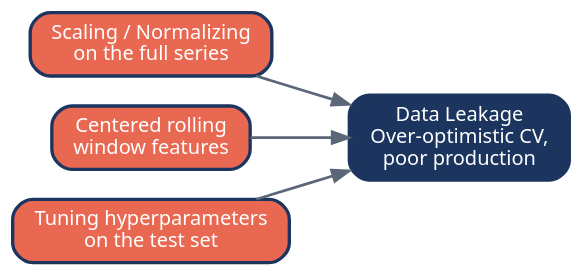
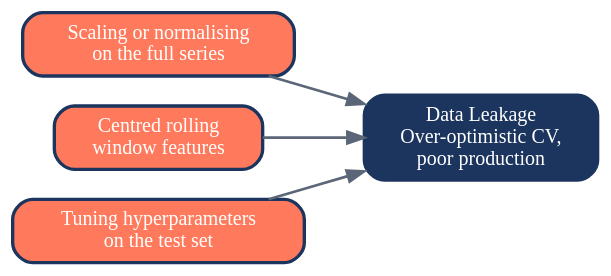
Before and after one commit to NaifMersal/time-series-analysis-and-forecasting: the diagram in slides/04_forecast_evaluation_and_cv.qmd, drawn with Graphviz. The commit also changed other lines of this file and 16 other files, not shown here.

````diff
--- a/slides/04_forecast_evaluation_and_cv.qmd
+++ b/slides/04_forecast_evaluation_and_cv.qmd
@@ -460,17 +535,17 @@
 ```{dot}
 //| fig-width: 9.5
 digraph G {
     bgcolor="transparent";
     rankdir=LR;
-    node [shape=box style="rounded,filled" fontname="Noto Sans" fontsize=12
+    node [shape=box style="rounded,filled" fontsize=12
           color="#1C355E" penwidth=2 margin="0.16,0.09"];
-    edge [fontname="Noto Sans" fontsize=11 color="#5b6678" penwidth=1.6];
+    edge [fontsize=11 color="#5b6678" penwidth=1.6];
 
-    A [label="Scaling / Normalizing\non the full series" fillcolor="#E96852" fontcolor="white"];
-    B [label="Centered rolling\nwindow features" fillcolor="#E96852" fontcolor="white"];
-    C [label="Tuning hyperparameters\non the test set" fillcolor="#E96852" fontcolor="white"];
+    A [label="Scaling or normalising\non the full series" fillcolor="#FF7A5C" fontcolor="white"];
+    B [label="Centred rolling\nwindow features" fillcolor="#FF7A5C" fontcolor="white"];
+    C [label="Tuning hyperparameters\non the test set" fillcolor="#FF7A5C" fontcolor="white"];
     L [label="Data Leakage\nOver-optimistic CV,\npoor production" fillcolor="#1C355E" fontcolor="white"];
 
     A -> L; B -> L; C -> L;
 }
 ```
````
